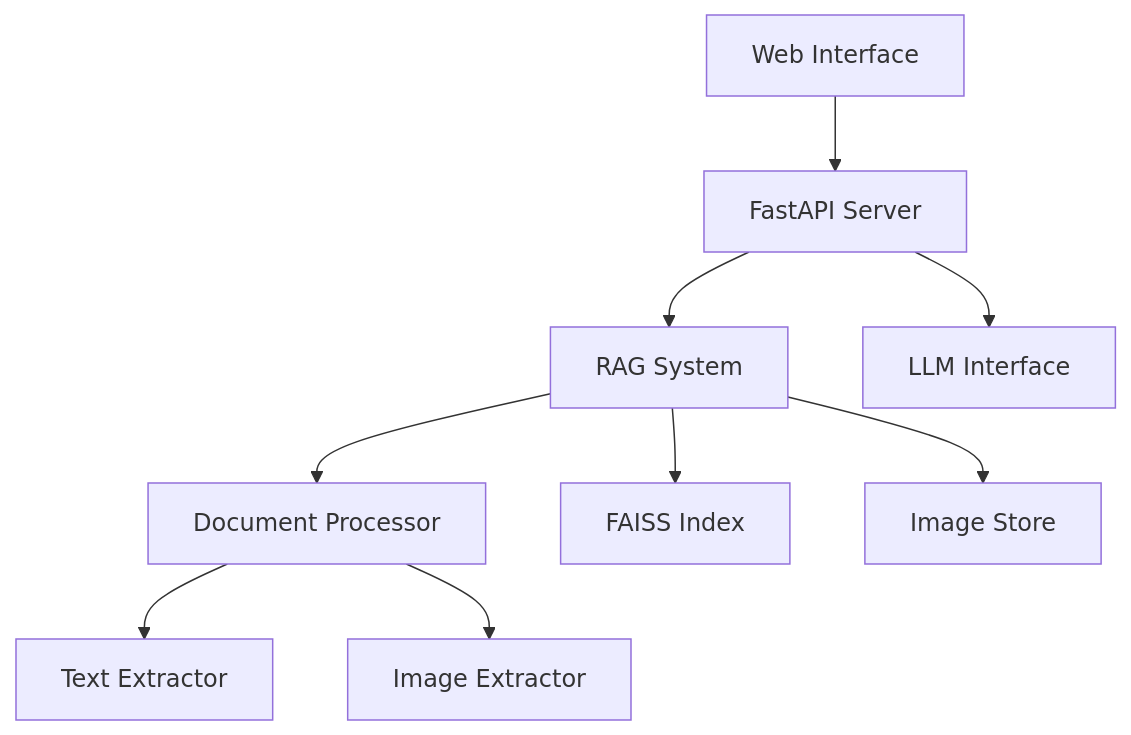
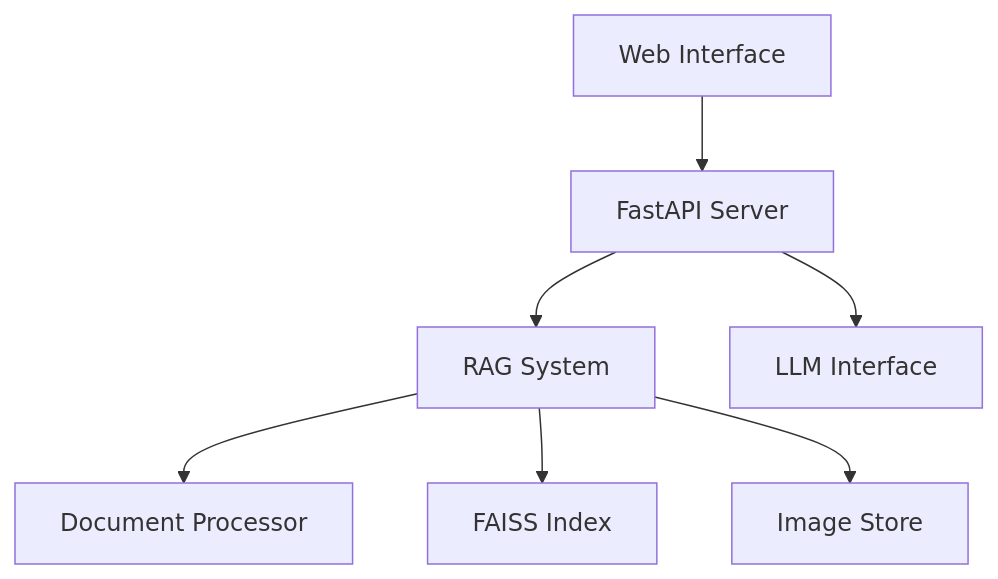
Before and after one commit to kertser/Atlantium_LLM: the diagram in docs/technical-reference.md, drawn with Mermaid. The commit also changed other lines of this file and 8 other files, not shown here.

````diff
--- a/docs/technical-reference.md
+++ b/docs/technical-reference.md
@@ -11,11 +9,9 @@
 ```mermaid
 graph TD
     A[Web Interface] --> B[FastAPI Server]
     B --> C[RAG System]
     C --> D[Document Processor]
     C --> E[FAISS Index]
     C --> F[Image Store]
     B --> G[LLM Interface]
-    D --> H[Text Extractor]
-    D --> I[Image Extractor]
 ```
````
